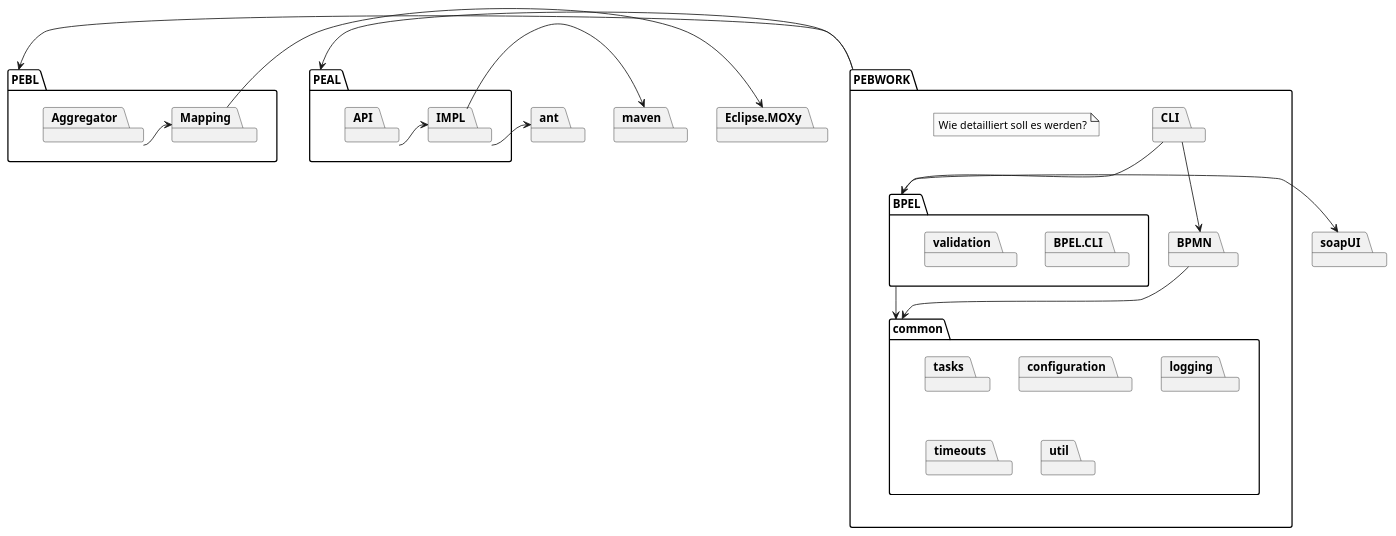
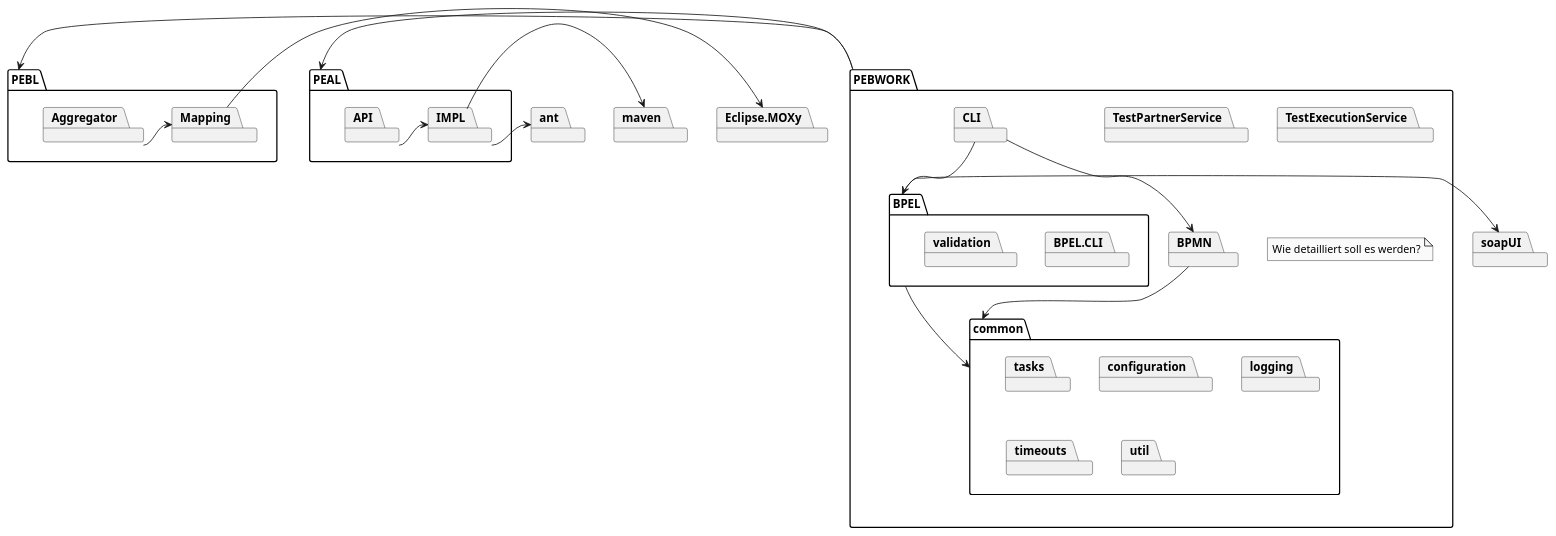
The diagram in doc/dependencies.puml (uniba-dsg/betsy), drawn with PlantUML before and after one commit. The commit also changed 1 other file, not shown here.

```diff
--- a/doc/dependencies.puml
+++ b/doc/dependencies.puml
@@ -1,63 +1,66 @@
 @startuml
 
 
 package soapUI
 package ant
 package maven
 
 package PEBL {
 	package Mapping
 	package Aggregator
 
 	Aggregator -> Mapping
 }
 
 package PEAL {
 	package IMPL
 	package API
 
 	API -> IMPL
 	IMPL -> ant
 	IMPL -> maven
 }
 
 package PEBWORK {
 
 	package CLI
+
+	package TestPartnerService
+	package TestExecutionService
 
 	package BPEL {
 	  package BPEL.CLI
 	  package validation
 	}
 	package BPMN
 	package common {
 		package tasks
 		package configuration
 		package logging
 		package timeouts
 		package util
 	}
 	BPEL --> common
 	BPMN --> common
 	CLI --> BPEL
 	CLI --> BPMN
 
 	note "Wie detailliert soll es werden?" as N1
 
 }
 
 package Eclipse.MOXy
 Mapping -> Eclipse.MOXy
 
 PEBWORK -> PEBL
 PEBWORK -> PEAL
 BPEL -> soapUI
 
 hide empty members
 hide empty methods
 hide circle
 
 skinparam monochrome true
 skinparam shadowing false
 skinparam packageStyle rect
 @enduml
```
